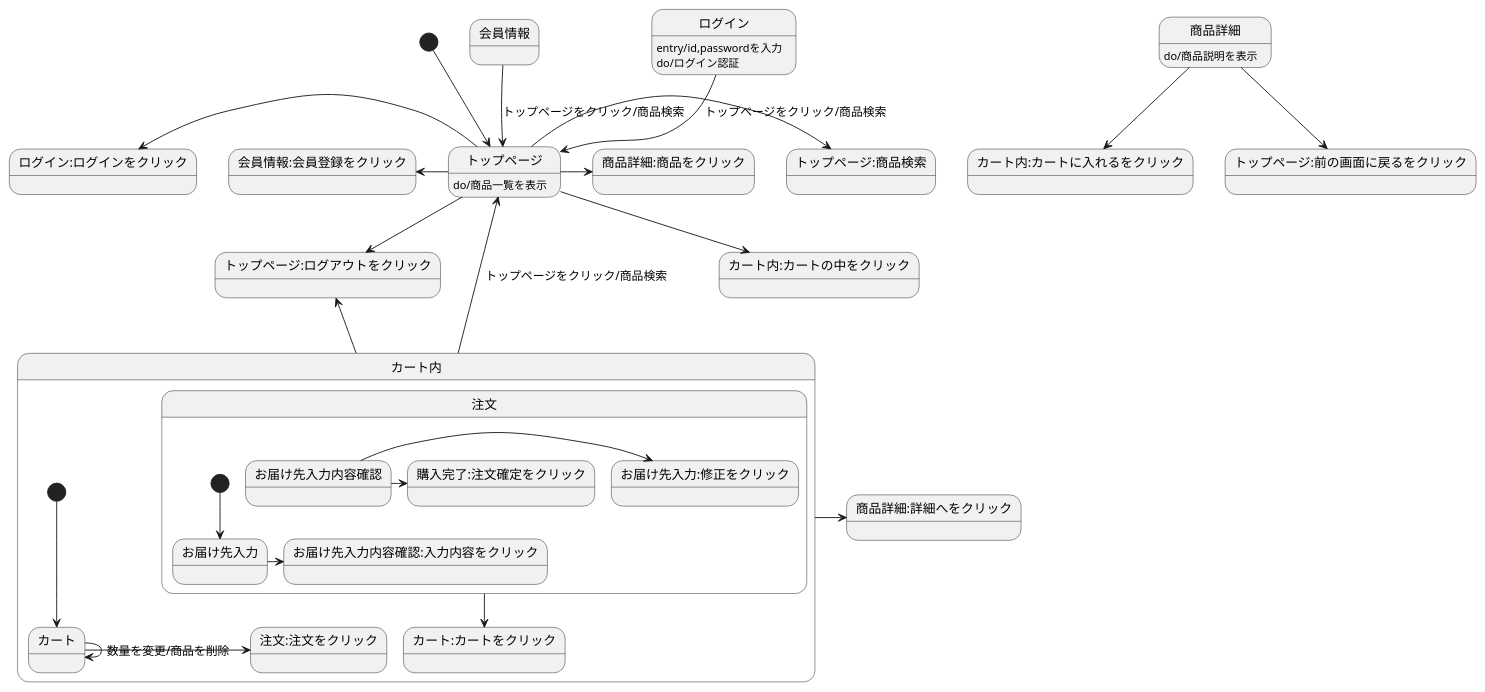
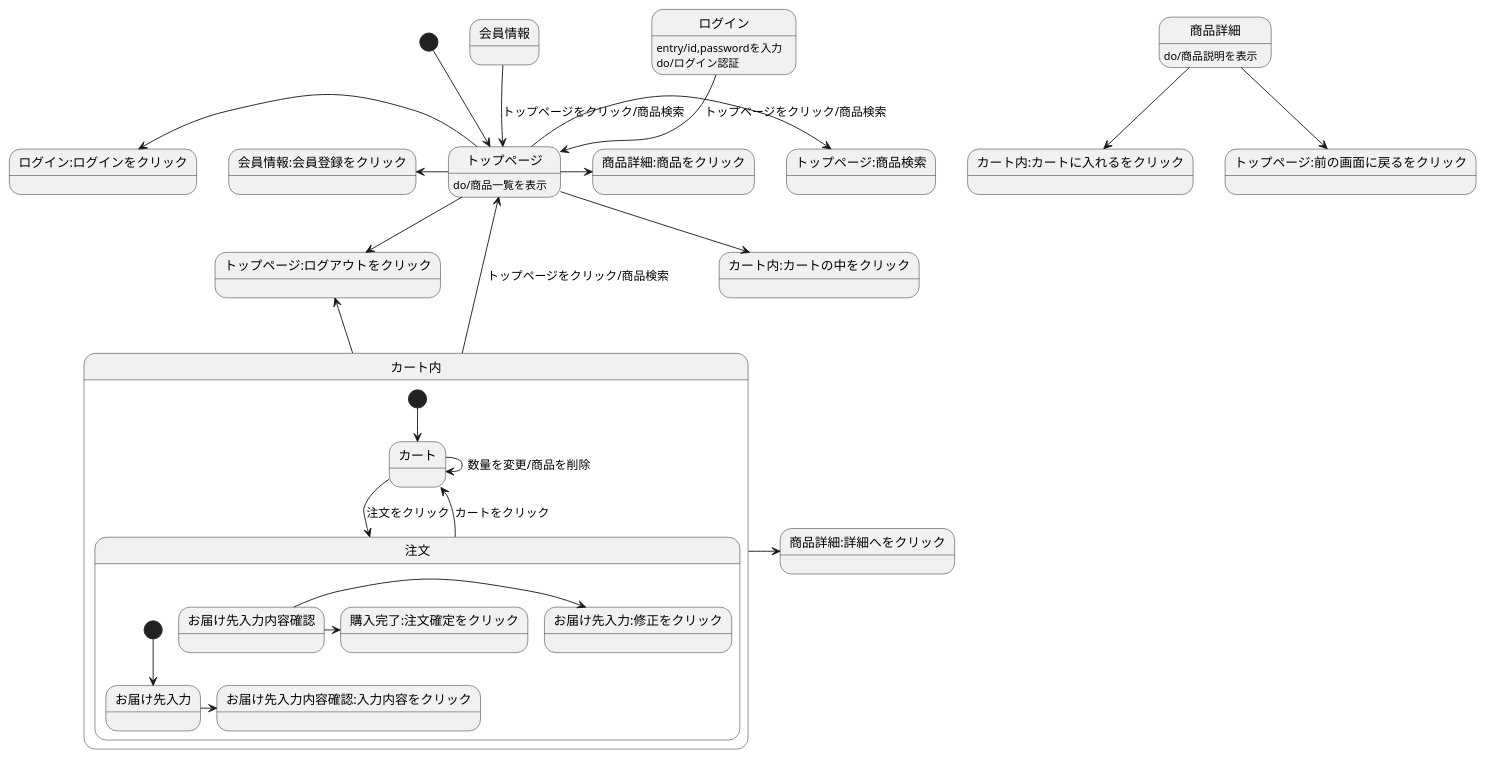
The diagram in samplegamen.md (Aso2101121/2021sys-design), drawn with PlantUML before and after one commit.

````diff
--- a/samplegamen.md
+++ b/samplegamen.md
@@ -1,35 +1,35 @@
 ```uml
 @startuml
 [*] --> トップページ
 会員情報 --> トップページ:トップページをクリック/商品検索
 ログイン --> トップページ:トップページをクリック/商品検索
 ログイン:entry/id,passwordを入力
 ログイン:do/ログイン認証
 トップページ --> トップページ:ログアウトをクリック
 トップページ -> トップページ:商品検索
 トップページ -> 商品詳細:商品をクリック
 トップページ -left->会員情報:会員登録をクリック
 トップページ -left-> ログイン:ログインをクリック
 トップページ --> カート内:カートの中をクリック
 トップページ:do/商品一覧を表示
 商品詳細 --> カート内:カートに入れるをクリック
 商品詳細 --> トップページ:前の画面に戻るをクリック
 商品詳細:do/商品説明を表示
 カート内 -up-> トップページ:トップページをクリック/商品検索
 カート内 -up-> トップページ:ログアウトをクリック
 カート内 -> 商品詳細:詳細へをクリック
 
 state カート内 {
 [*] --> カート
-カート -> 注文:注文をクリック
-カート -> カート:数量を変更/商品を削除
-注文 --> カート:カートをクリック
+カート -> 注文 : 注文をクリック
+カート -> カート : 数量を変更/商品を削除
+注文 --> カート : カートをクリック
 state 注文 {
 [*] --> お届け先入力
 お届け先入力 -> お届け先入力内容確認:入力内容をクリック
 お届け先入力内容確認 -> お届け先入力:修正をクリック
 お届け先入力内容確認 -> 購入完了:注文確定をクリック
 }
 }
 @enduml
 ```
````
